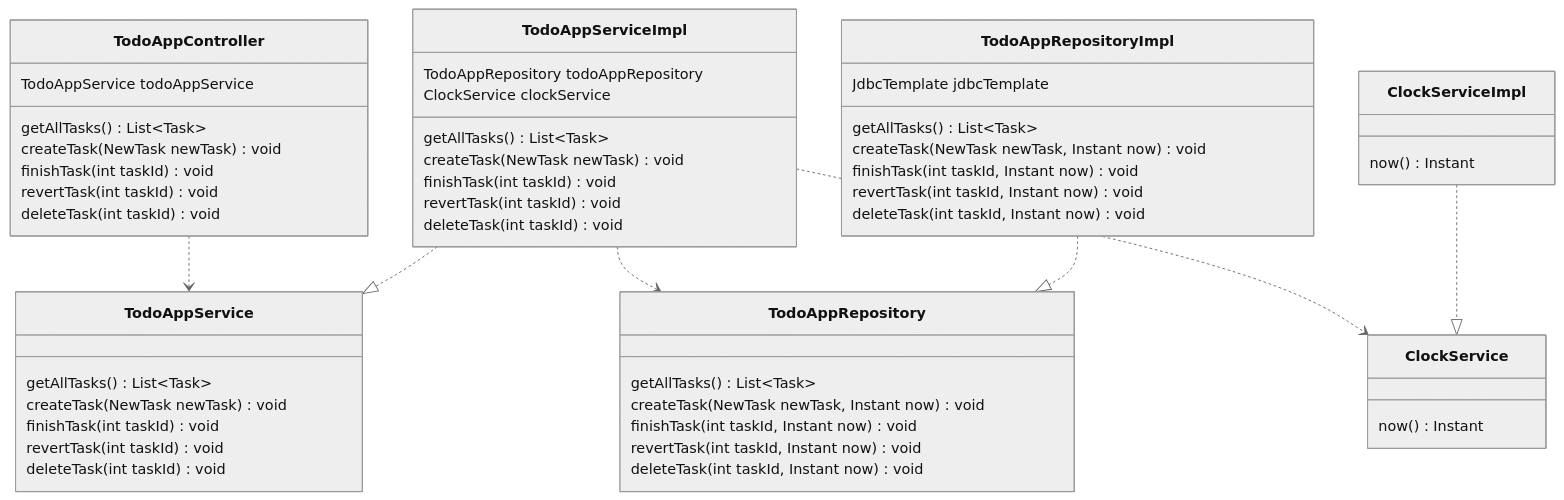
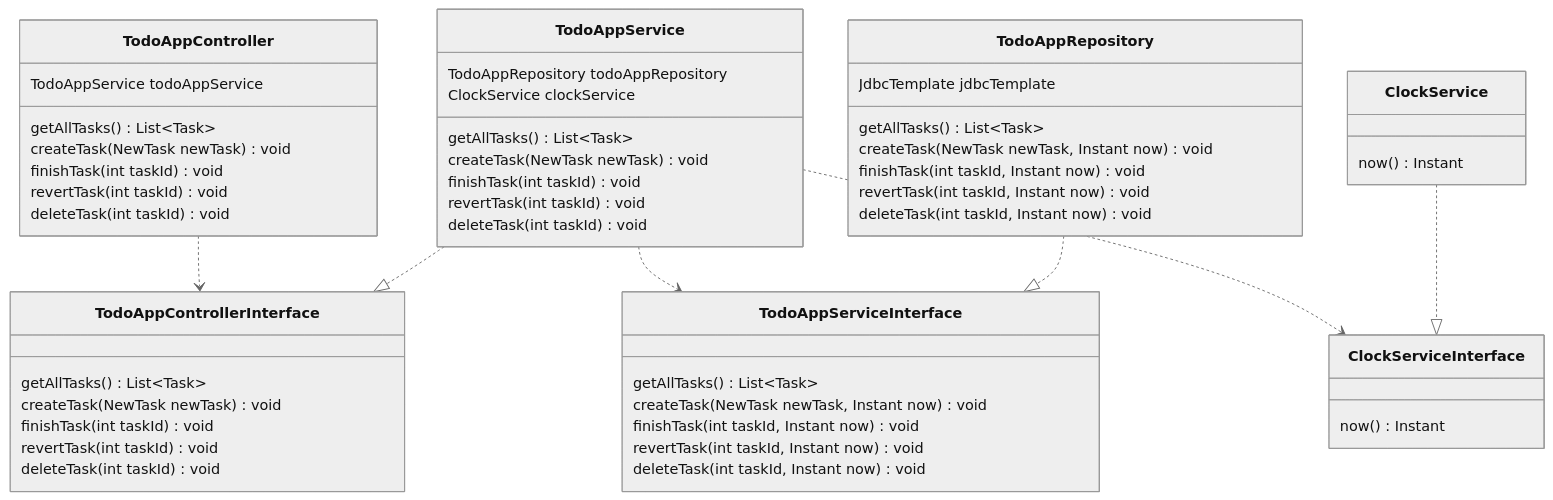
One commit to onebase-fujitsu/agile-dev-guide changed the diagram in content/docs/softwareTest/testDouble/index.md. Above: the diagram before and after it, drawn with Mermaid (neutral theme). The commit also changed other lines of this file and 2 other files, not shown here.

```diff
--- a/content/docs/softwareTest/testDouble/index.md
+++ b/content/docs/softwareTest/testDouble/index.md
@@ -166,54 +165,54 @@
 {{<mermaid>}}
 classDiagram
 class TodoAppController{
   TodoAppService todoAppService
   getAllTasks() List~Task~
   createTask(NewTask newTask) void
   finishTask(int taskId) void
   revertTask(int taskId) void
   deleteTask(int taskId) void
 }
-class TodoAppService{
+class TodoAppControllerInterface{
   getAllTasks() List~Task~
   createTask(NewTask newTask) void
   finishTask(int taskId) void
   revertTask(int taskId) void
   deleteTask(int taskId) void
 }
-class TodoAppServiceImpl{
+class TodoAppService{
   TodoAppRepository todoAppRepository
   ClockService clockService
   getAllTasks() List~Task~
   createTask(NewTask newTask) void
   finishTask(int taskId) void
   revertTask(int taskId) void
   deleteTask(int taskId) void
 }
-class TodoAppRepository{
+class TodoAppServiceInterface{
 getAllTasks() List~Task~
 createTask(NewTask newTask, Instant now) void
 finishTask(int taskId, Instant now) void
 revertTask(int taskId, Instant now) void
 deleteTask(int taskId, Instant now) void
 }
-class TodoAppRepositoryImpl{
+class TodoAppRepository{
   JdbcTemplate jdbcTemplate
   getAllTasks() List~Task~
   createTask(NewTask newTask, Instant now) void
   finishTask(int taskId, Instant now) void
   revertTask(int taskId, Instant now) void
   deleteTask(int taskId, Instant now) void
 }
+class ClockServiceInterface{
+  now() Instant
+}
 class ClockService{
   now() Instant
 }
-class ClockServiceImpl{
-  now() Instant
-}
-TodoAppController ..> TodoAppService
-TodoAppServiceImpl ..|> TodoAppService
-TodoAppServiceImpl ..> TodoAppRepository
-TodoAppRepositoryImpl ..|> TodoAppRepository
-TodoAppServiceImpl ..> ClockService
-ClockServiceImpl ..|> ClockService
+TodoAppController ..> TodoAppControllerInterface
+TodoAppService ..|> TodoAppControllerInterface
+TodoAppService ..> TodoAppServiceInterface
+TodoAppRepository ..|> TodoAppServiceInterface
+TodoAppService ..> ClockServiceInterface
+ClockService ..|> ClockServiceInterface
 {{< /mermaid >}}
```
